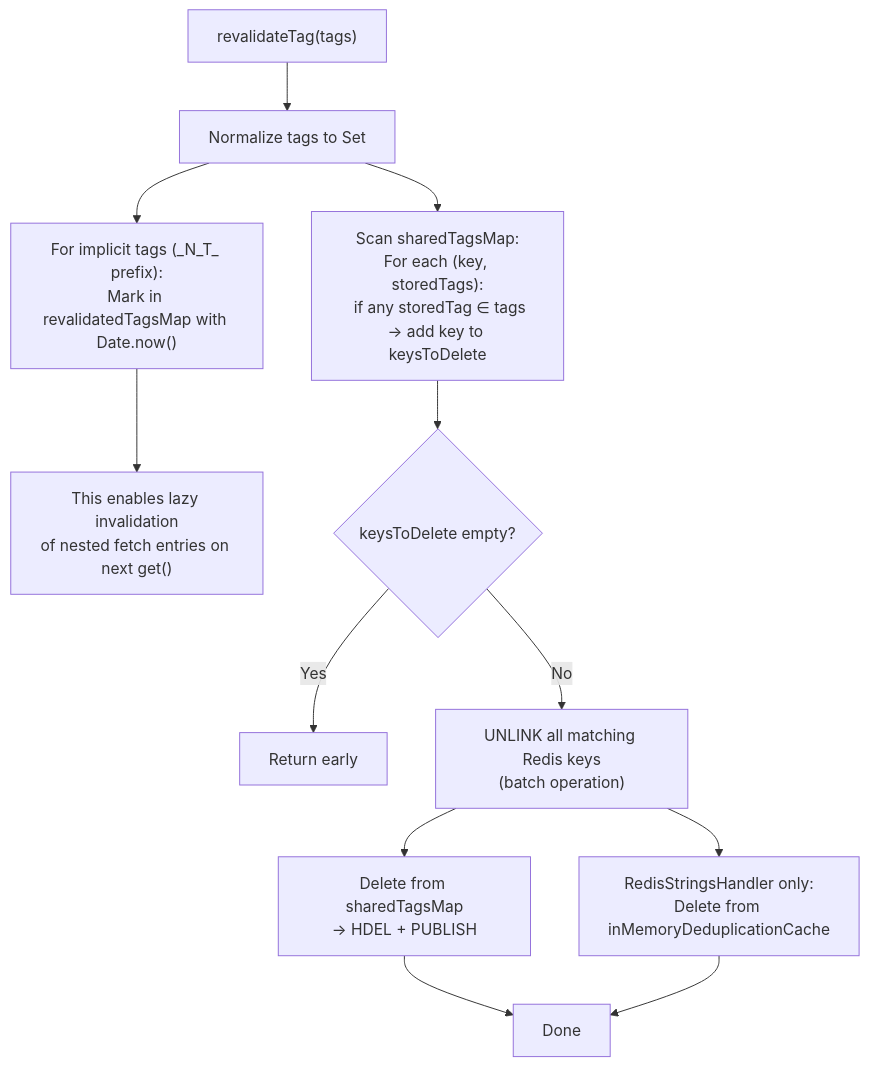
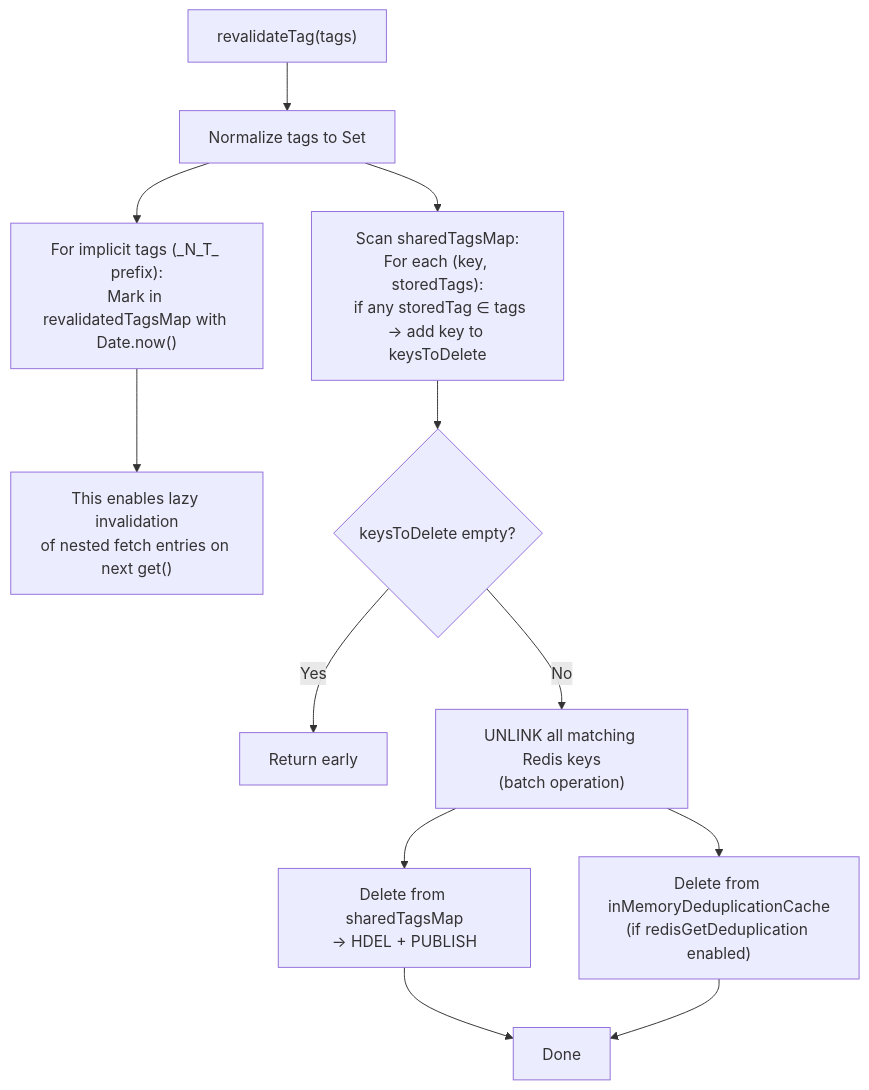
Before and after one commit to trieb-work/nextjs-turbo-redis-cache: the eighth of 9 diagrams in ARCHITECTURE.md, drawn with Mermaid. The commit also changed other lines of this file and 262 other files, not shown here.

````diff
--- a/ARCHITECTURE.md
+++ b/ARCHITECTURE.md
@@ -353,20 +353,20 @@
 ```mermaid
 flowchart TD
     A["revalidateTag(tags)"] --> B["Normalize tags to Set"]
 
     B --> C["For implicit tags (_N_T_ prefix):\nMark in revalidatedTagsMap with Date.now()"]
     C --> NOTE["This enables lazy invalidation\nof nested fetch entries on next get()"]
 
     B --> D["Scan sharedTagsMap:\nFor each (key, storedTags):\n  if any storedTag ∈ tags → add key to keysToDelete"]
 
     D --> E{keysToDelete empty?}
     E -->|Yes| F["Return early"]
     E -->|No| G["UNLINK all matching Redis keys\n(batch operation)"]
 
     G --> H["Delete from sharedTagsMap\n→ HDEL + PUBLISH"]
 
-    G --> I["RedisStringsHandler only:\nDelete from inMemoryDeduplicationCache"]
+    G --> I["Delete from inMemoryDeduplicationCache\n(if redisGetDeduplication enabled)"]
 
     H --> J["Done"]
     I --> J
 ```
````
